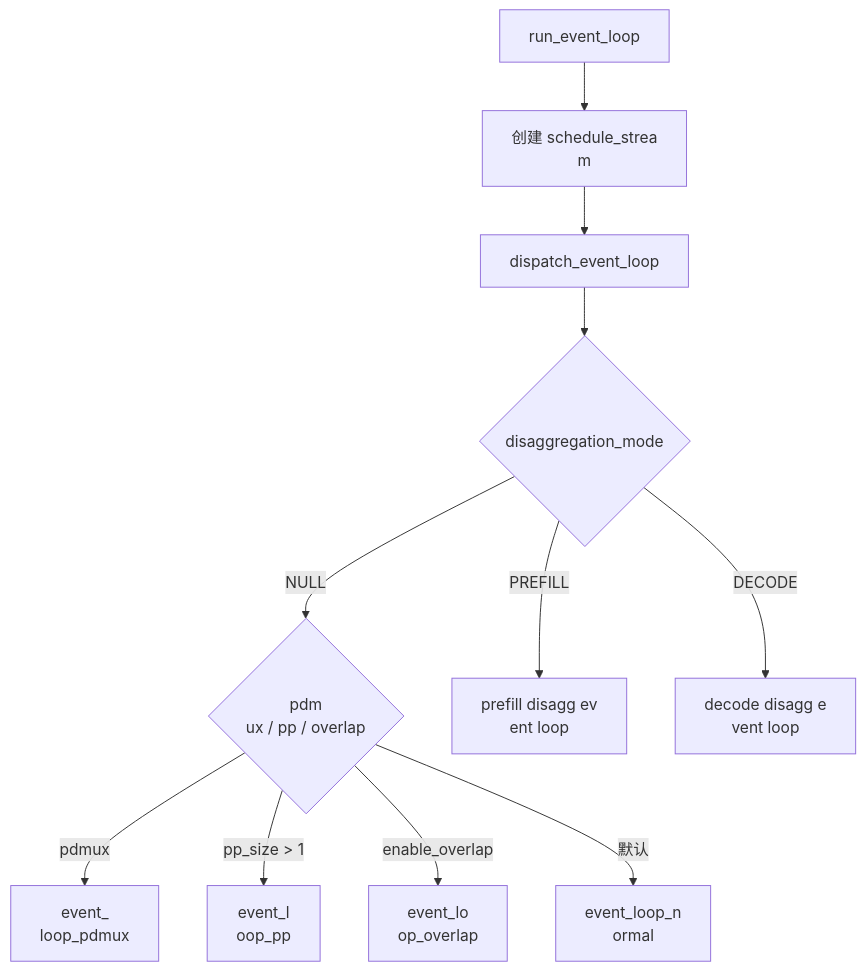
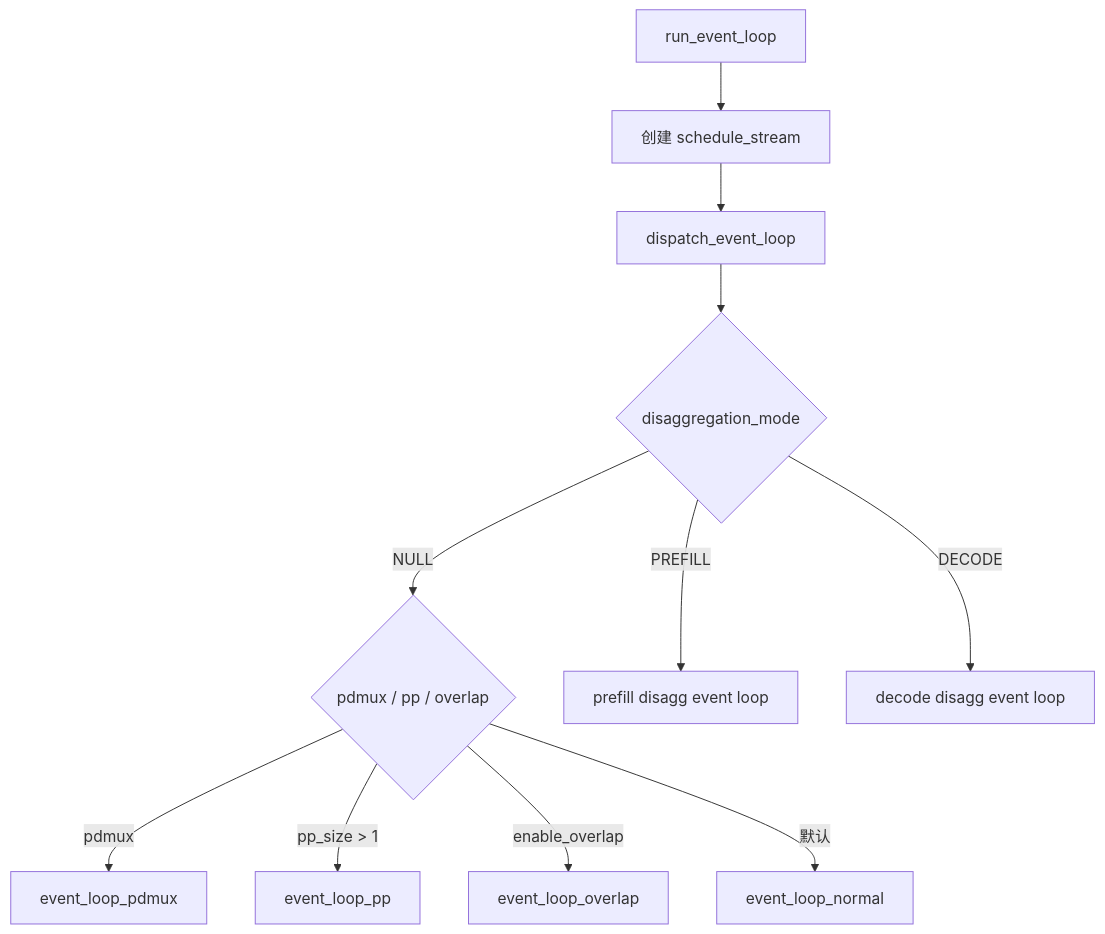
Before and after one commit to cl-vv-h/AI_Infra_Tutor_Page: the second of 8 diagrams in src/data/sglang-content/scheduler-architecture/02-flowcharts.md, drawn with Mermaid. The commit also changed other lines of this file and 25 other files, not shown here.

Commit message:
Fix markdown rendering with react-markdown, add SGLang knowledge graph

````diff
--- a/src/data/sglang-content/scheduler-architecture/02-flowcharts.md
+++ b/src/data/sglang-content/scheduler-architecture/02-flowcharts.md
@@ -54,23 +32,13 @@
 ```mermaid
 flowchart TD
-  A["
-run_event_loop"] --> B["创建 schedule_strea
-m"]
+  A["run_event_loop"] --> B["创建 schedule_stream"]
   B --> C["dispatch_event_loop"]
-  C --> 
-D{"disaggregation_mode"}
-  D -->|NULL| E{"pdm
-ux / pp / overlap"}
-  E -->|pdmux| E1["event_
-loop_pdmux"]
-  E -->|pp_size > 1| E2["event_l
-oop_pp"]
-  E -->|enable_overlap| E3["event_lo
-op_overlap"]
-  E -->|默认| E4["event_loop_n
-ormal"]
-  D -->|PREFILL| F["prefill disagg ev
-ent loop"]
-  D -->|DECODE| G["decode disagg e
-vent loop"]
+  C --> D{"disaggregation_mode"}
+  D -->|NULL| E{"pdmux / pp / overlap"}
+  E -->|pdmux| E1["event_loop_pdmux"]
+  E -->|pp_size > 1| E2["event_loop_pp"]
+  E -->|enable_overlap| E3["event_loop_overlap"]
+  E -->|默认| E4["event_loop_normal"]
+  D -->|PREFILL| F["prefill disagg event loop"]
+  D -->|DECODE| G["decode disagg event loop"]
 ```
````
